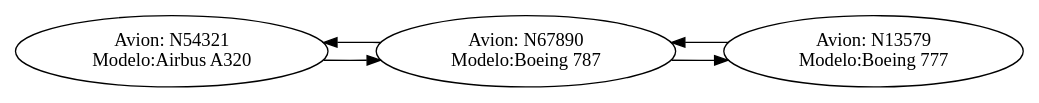
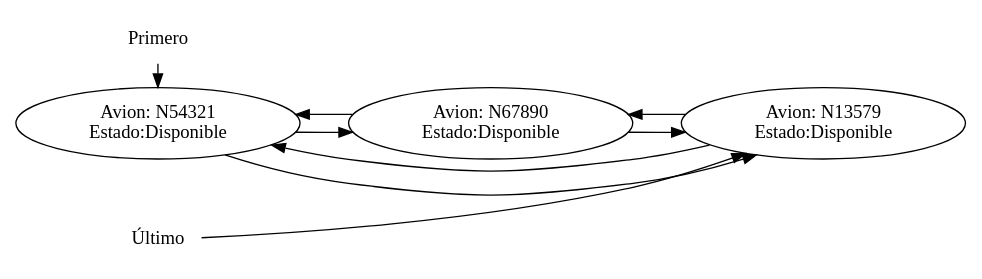
The diagram in output/listaAvionesDisponibles.dot (IvanPisquiy06/201901815_EDD_Practica), drawn with Graphviz before and after one commit. The commit also changed 8 other files, not shown here.

```diff
--- a/output/listaAvionesDisponibles.dot
+++ b/output/listaAvionesDisponibles.dot
@@ -1,10 +1,14 @@
 digraph ListaCircularDoble {
     rankdir=LR;
-    "0x2b94c8f14c0" [label="Avion: N54321\n Modelo:Airbus A320"];
-    "0x2b94c8f14c0" -> "0x2b94c8f1650";
-    "0x2b94c8f1650" -> "0x2b94c8f14c0" [constraint=false];
-    "0x2b94c8f1650" [label="Avion: N67890\n Modelo:Boeing 787"];
-    "0x2b94c8f1650" -> "0x2b94c7a3800";
-    "0x2b94c7a3800" -> "0x2b94c8f1650" [constraint=false];
-    "0x2b94c7a3800" [label="Avion: N13579\n Modelo:Boeing 777"];
+    Primero [shape=plaintext, label="Primero"];    Ultimo [shape=plaintext, label="Último"];    "0x1eefcc514c0" [label="Avion: N54321\n Estado:Disponible"];
+    "0x1eefcc514c0" -> "0x1eefcc51650";
+    "0x1eefcc51650" -> "0x1eefcc514c0" [constraint=false];
+    "0x1eefcc51650" [label="Avion: N67890\n Estado:Disponible"];
+    "0x1eefcc51650" -> "0x1eefcf738e0";
+    "0x1eefcf738e0" -> "0x1eefcc51650" [constraint=false];
+    "0x1eefcf738e0" [label="Avion: N13579\n Estado:Disponible"];
+    "0x1eefcc514c0" -> "0x1eefcf738e0" [constraint=false];
+    "0x1eefcf738e0" -> "0x1eefcc514c0" [constraint=false];
+    Primero -> "0x1eefcc514c0" [constraint=false];
+    Ultimo -> "0x1eefcf738e0" [constraint=false];
 }
```
